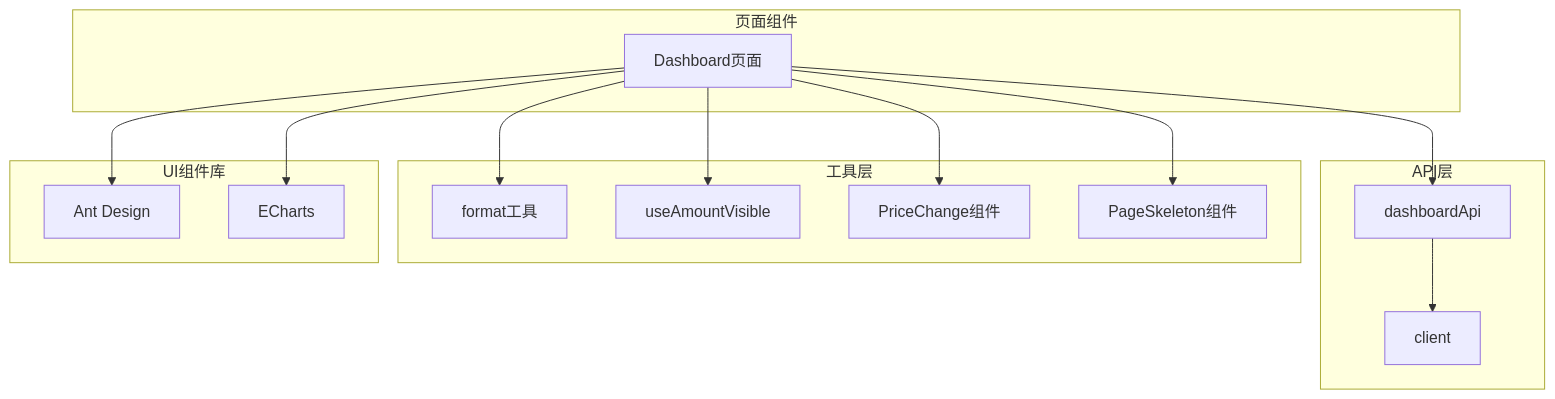
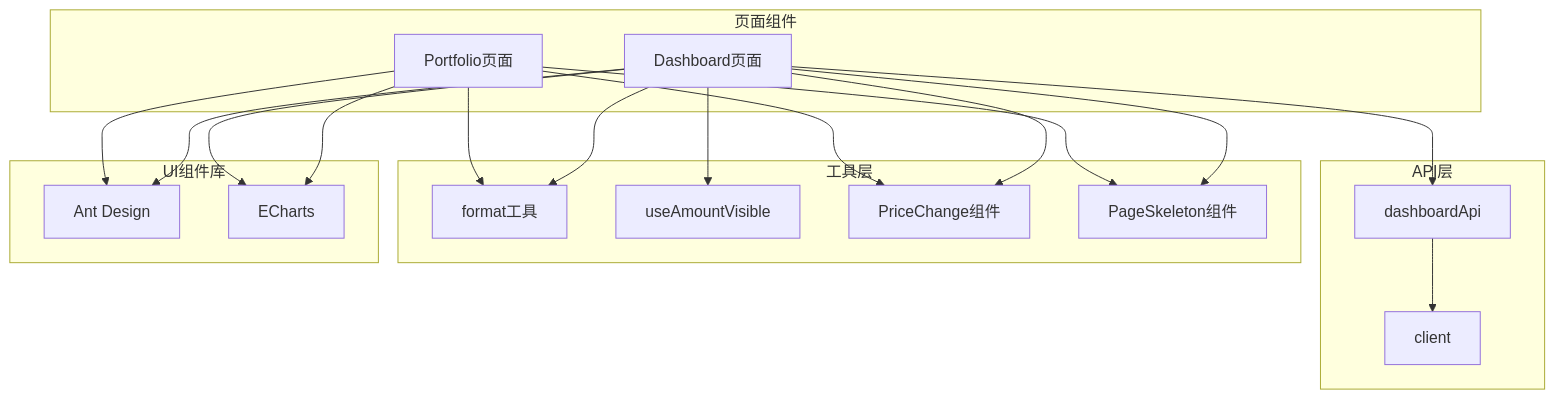
Before and after one commit to gree-coder/fund-butler: the ninth of 9 diagrams in .qoder/repowiki/zh/content/Dashboard Enhancement.md, drawn with Mermaid. The commit also changed other lines of this file and 15 other files, not shown here.

````diff
--- a/.qoder/repowiki/zh/content/Dashboard Enhancement.md
+++ b/.qoder/repowiki/zh/content/Dashboard Enhancement.md
@@ -430,28 +470,34 @@
 ```mermaid
 graph TB
 subgraph "页面组件"
 DP[Dashboard页面]
+PP[Portfolio页面]
 end
 subgraph "API层"
 DA[dashboardApi]
 CL[client]
 end
 subgraph "工具层"
 UF[format工具]
 UV[useAmountVisible]
 PC[PriceChange组件]
 PS[PageSkeleton组件]
 end
 subgraph "UI组件库"
 AD[Ant Design]
 EC[ECharts]
 end
 DP --> DA
 DP --> UF
 DP --> UV
 DP --> PC
 DP --> PS
+PP --> EC
+PP --> UF
+PP --> PC
+PP --> PS
 DA --> CL
 DP --> AD
+PP --> AD
 DP --> EC
 ```
````
